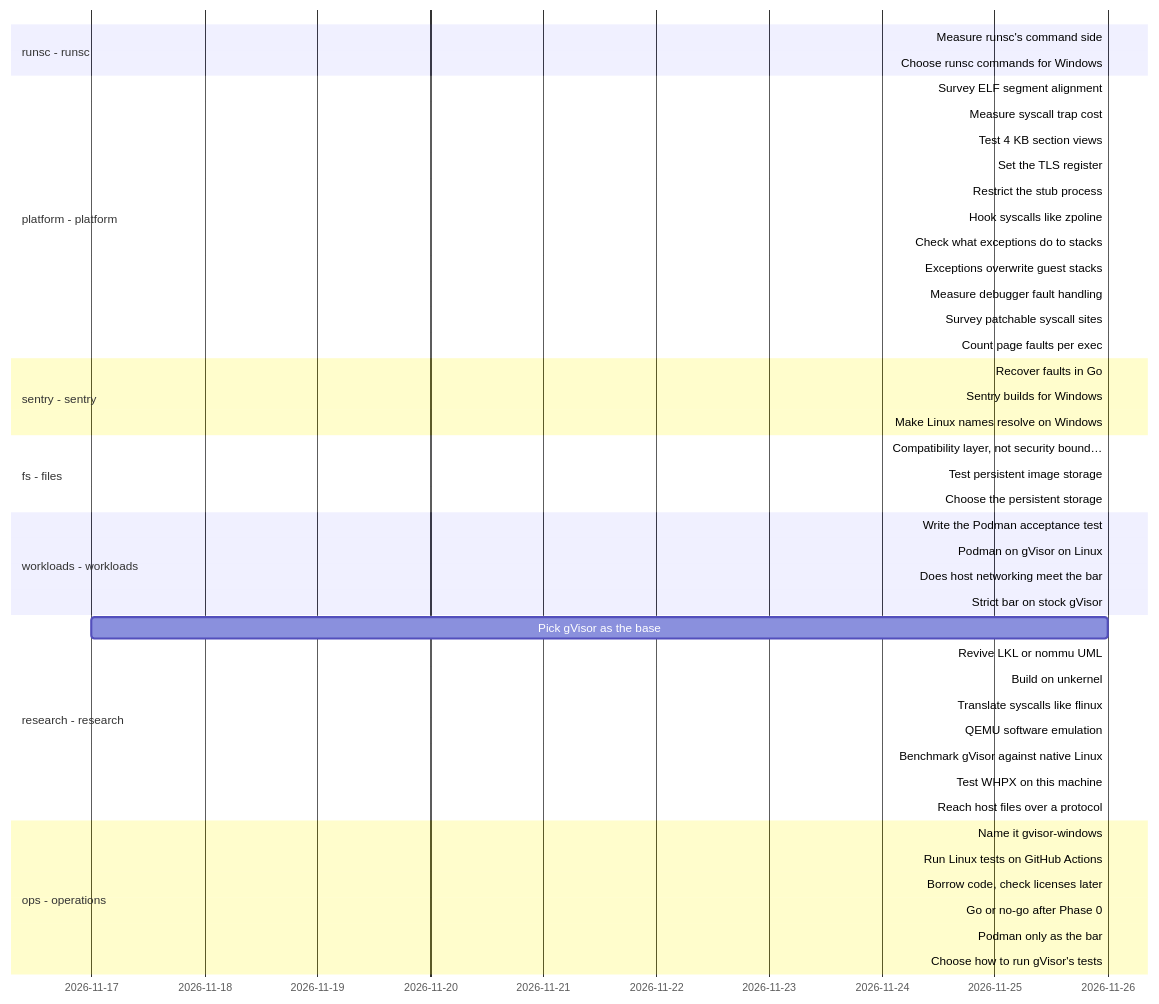
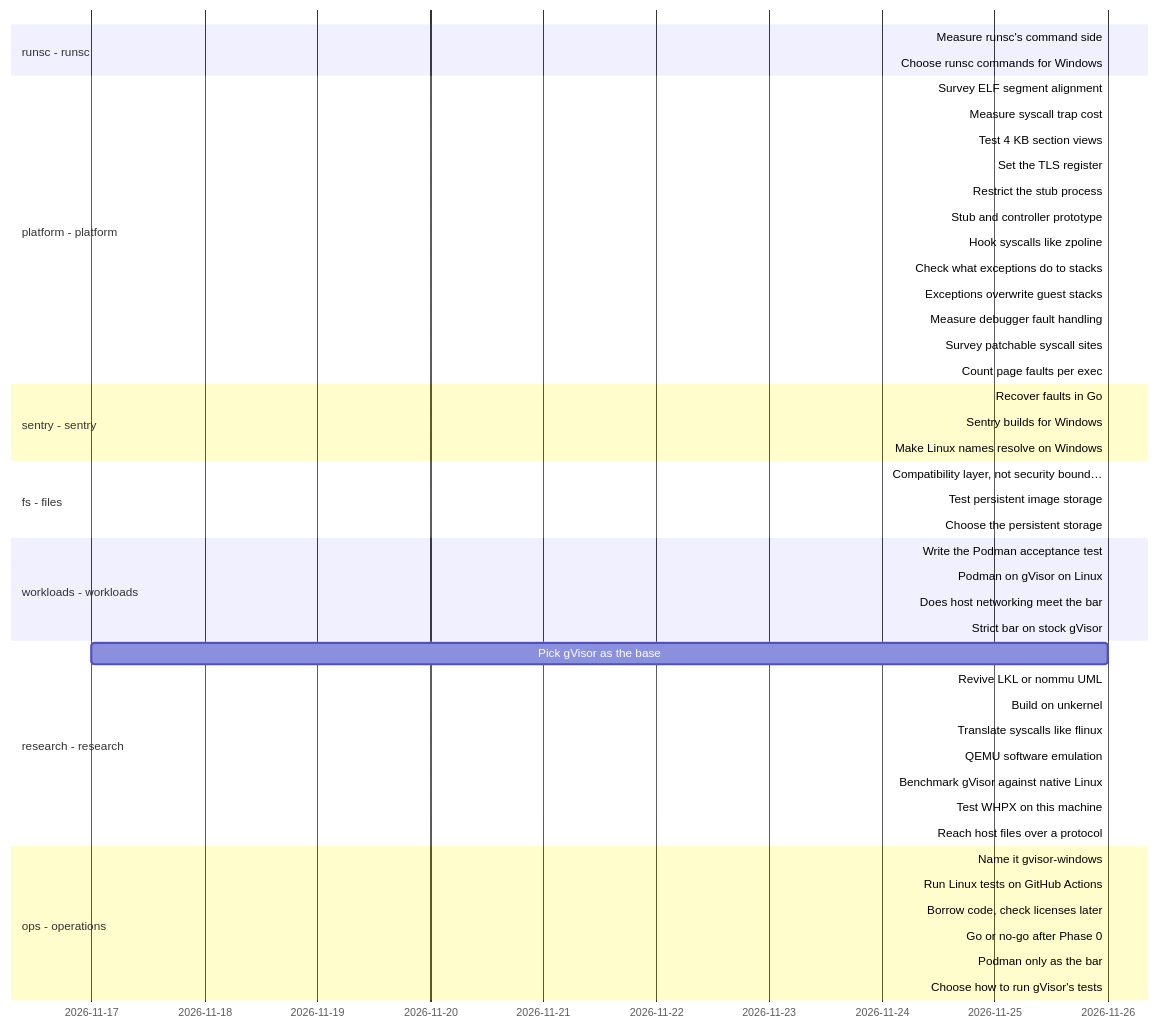
The diagram in docs/roadmap/timeline.md (lhns/gvisor-windows), drawn with Mermaid before and after one commit. The commit also changed other lines of this file and 3 other files, not shown here.

Commit message:
Start the stub and controller prototype

````diff
--- a/docs/roadmap/timeline.md
+++ b/docs/roadmap/timeline.md
@@ -10,49 +10,50 @@
 ```mermaid
 gantt
     dateFormat YYYY-MM-DD
     axisFormat %Y-%m-%d
     section runsc - runsc
     Measure runsc's command side :runsc_measure_cli, 2026-11-26, 2026-11-26
     Choose runsc commands for Windows :runsc_windows_commands, 2026-11-26, 2026-11-26
     section platform - platform
     Survey ELF segment alignment :platform_elf_alignment_survey, 2026-11-26, 2026-11-26
     Measure syscall trap cost :platform_trap_cost, 2026-11-26, 2026-11-26
     Test 4 KB section views :platform_4k_section_views, 2026-11-26, 2026-11-26
     Set the TLS register :platform_tls_register, 2026-11-26, 2026-11-26
     Restrict the stub process :platform_restricted_stub, 2026-11-26, 2026-11-26
+    Stub and controller prototype :active, platform_stub_controller, 2026-11-26, 2026-11-26
     Hook syscalls like zpoline :crit, platform_zpoline_hooks, 2026-11-26, 2026-11-26
     Check what exceptions do to stacks :platform_exception_stack, 2026-11-26, 2026-11-26
     Exceptions overwrite guest stacks :platform_veh_on_guest_stack_unsafe, 2026-11-26, 2026-11-26
     Measure debugger fault handling :platform_debug_event_cost, 2026-11-26, 2026-11-26
     Survey patchable syscall sites :platform_syscall_site_survey, 2026-11-26, 2026-11-26
     Count page faults per exec :platform_faults_per_exec, 2026-11-26, 2026-11-26
     section sentry - sentry
     Recover faults in Go :sentry_go_fault_recovery, 2026-11-26, 2026-11-26
     Sentry builds for Windows :active, sentry_windows_build, 2026-11-26, 2026-11-26
     Make Linux names resolve on Windows :sentry_unix_shim, 2026-11-26, 2026-11-26
     section fs - files
     Compatibility layer, not security bound… :fs_compat_layer_not_boundary, 2026-11-26, 2026-11-26
     Test persistent image storage :fs_persistent_image_storage, 2026-11-26, 2026-11-26
     Choose the persistent storage :fs_persistent_storage_choice, 2026-11-26, 2026-11-26
     section workloads - workloads
     Write the Podman acceptance test :workloads_acceptance_test, 2026-11-26, 2026-11-26
     Podman on gVisor on Linux :workloads_podman_on_gvisor_linux, 2026-11-26, 2026-11-26
     Does host networking meet the bar :workloads_bar_host_network, 2026-11-26, 2026-11-26
     Strict bar on stock gVisor :active, workloads_strict_bar_linux, 2026-11-26, 2026-11-26
     section research - research
     Pick gVisor as the base :research_gvisor_base, 2026-11-17, 2026-11-26
     Revive LKL or nommu UML :crit, research_lkl_nommu, 2026-11-26, 2026-11-26
     Build on unkernel :crit, research_unkernel, 2026-11-26, 2026-11-26
     Translate syscalls like flinux :crit, research_flinux_translation, 2026-11-26, 2026-11-26
     QEMU software emulation :crit, research_qemu_emulation, 2026-11-26, 2026-11-26
     Benchmark gVisor against native Linux :research_gvisor_benchmark, 2026-11-26, 2026-11-26
     Test WHPX on this machine :crit, research_whpx_this_machine, 2026-11-26, 2026-11-26
     Reach host files over a protocol :crit, research_file_protocol, 2026-11-26, 2026-11-26
     section ops - operations
     Name it gvisor-windows :ops_name_and_fork, 2026-11-26, 2026-11-26
     Run Linux tests on GitHub Actions :ops_linux_tests_on_actions, 2026-11-26, 2026-11-26
     Borrow code, check licenses later :ops_borrow_code, 2026-11-26, 2026-11-26
     Go or no-go after Phase 0 :ops_phase0_go_no_go, 2026-11-26, 2026-11-26
     Podman only as the bar :ops_podman_only_the_bar, 2026-11-26, 2026-11-26
     Choose how to run gVisor's tests :ops_syscall_test_strategy, 2026-11-26, 2026-11-26
 ```
````
